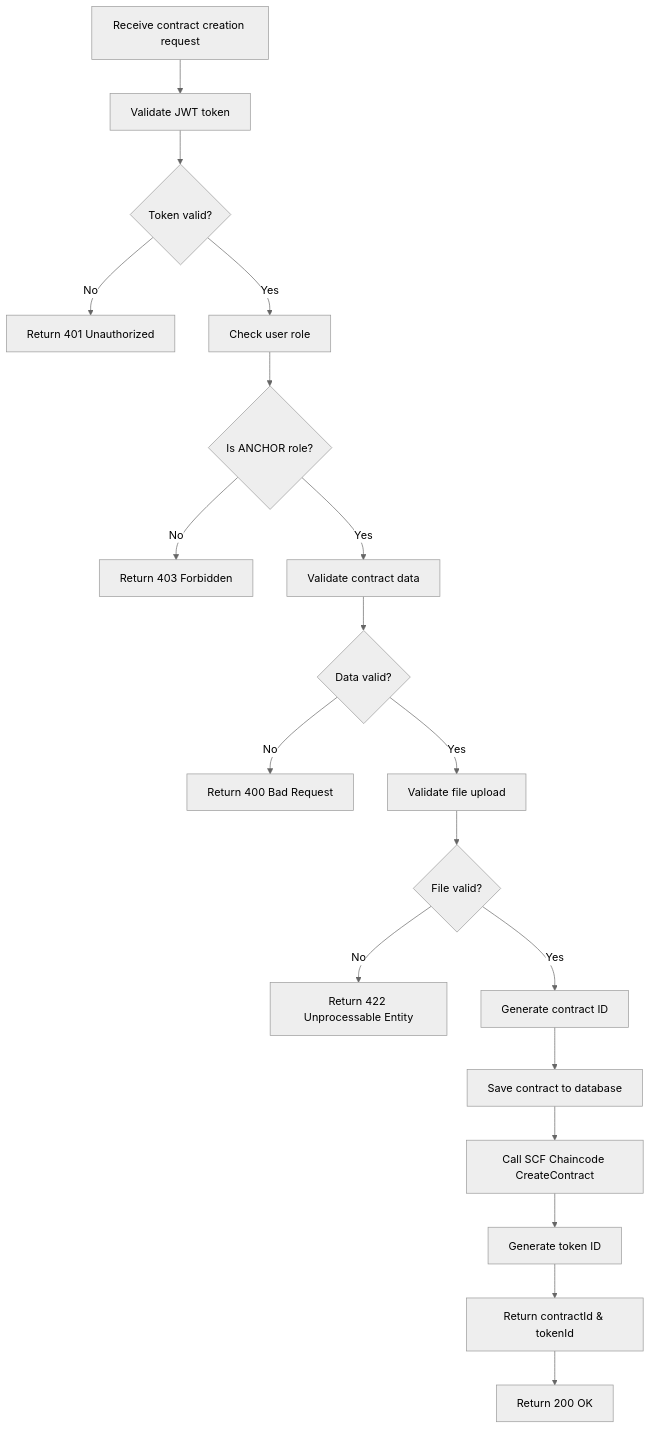
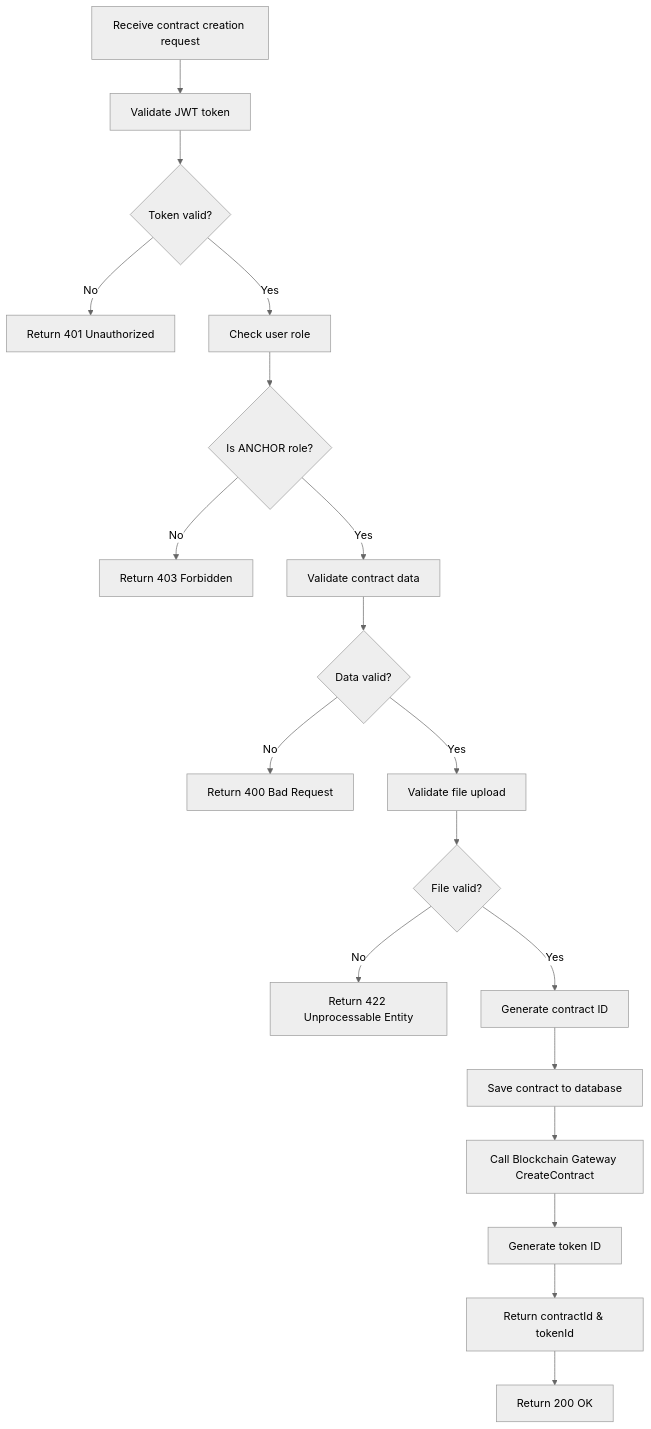
Before and after one commit to trunghc97/blockchain: the tenth of 25 diagrams in System_Design_Document.md, drawn with Mermaid (neutral theme). The commit also changed other lines of this file and 1 other file, not shown here.

````diff
--- a/System_Design_Document.md
+++ b/System_Design_Document.md
@@ -853,21 +1281,21 @@
 ```mermaid
 flowchart TD
     A[Receive contract creation request] --> B[Validate JWT token]
     B --> C{Token valid?}
     C -->|No| D[Return 401 Unauthorized]
     C -->|Yes| E[Check user role]
     E --> F{Is ANCHOR role?}
     F -->|No| G[Return 403 Forbidden]
     F -->|Yes| H[Validate contract data]
     H --> I{Data valid?}
     I -->|No| J[Return 400 Bad Request]
     I -->|Yes| K[Validate file upload]
     K --> L{File valid?}
     L -->|No| M[Return 422 Unprocessable Entity]
     L -->|Yes| N[Generate contract ID]
     N --> O[Save contract to database]
-    O --> P[Call SCF Chaincode CreateContract]
+    O --> P[Call Blockchain Gateway CreateContract]
     P --> Q[Generate token ID]
     Q --> R[Return contractId & tokenId]
     R --> S[Return 200 OK]
 ```
````
